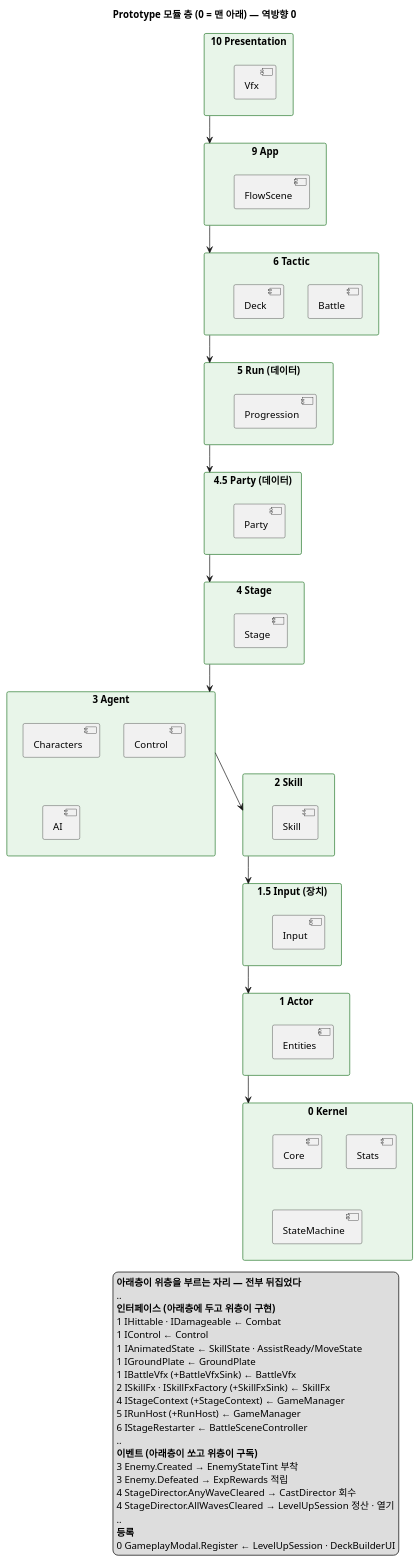
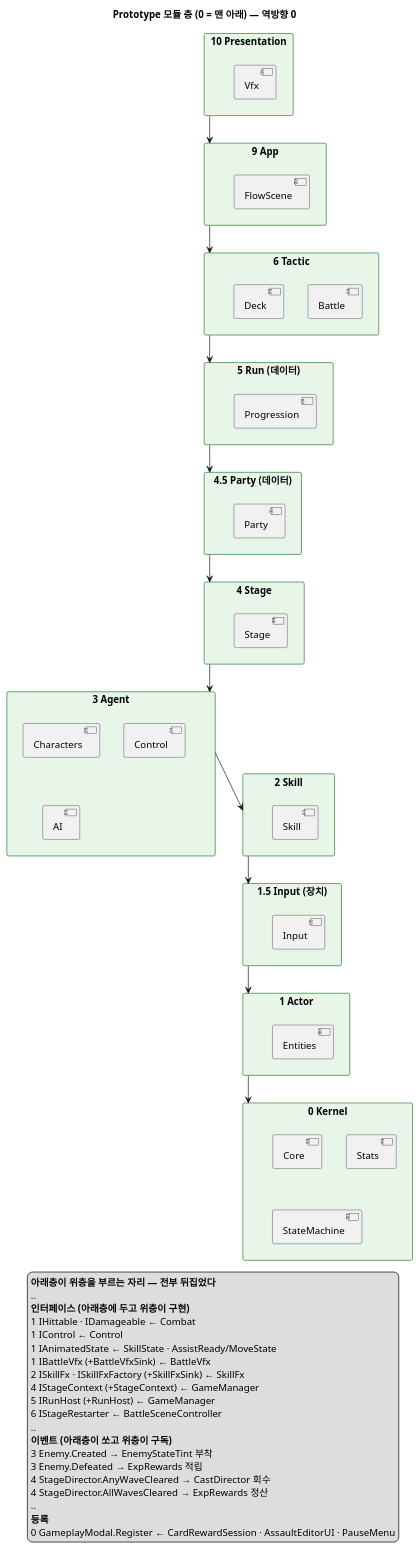
One commit to jukanmi/Prototype changed the diagram in docs/uml/00-Layers.puml. Above: the diagram before and after it, drawn with PlantUML. The commit also changed 193 other files, not shown here.

```diff
--- a/docs/uml/00-Layers.puml
+++ b/docs/uml/00-Layers.puml
@@ -1,86 +1,85 @@
 @startuml 00-Layers
 ' 층 구조 — 위층이 아래층만 참조한다. 역방향 의존 0 (2026-10-16).
 ' 아래층이 위층에 일을 맡기는 자리는 전부 인터페이스(<<interface>>)나 이벤트다 — 오른쪽 목록.
 title Prototype 모듈 층 (0 = 맨 아래) — 역방향 0
 
 skinparam packageStyle rectangle
 skinparam shadowing false
 skinparam package {
   BackgroundColor #E8F5E9
   BorderColor #2E7D32
 }
 
 package "10 Presentation" as L10 {
   [Vfx]
 }
 package "9 App" as L9 {
   [FlowScene]
 }
 package "6 Tactic" as L6 {
   [Battle]
   [Deck]
 }
 package "5 Run (데이터)" as L5 {
   [Progression]
 }
 package "4.5 Party (데이터)" as L45 {
   [Party]
 }
 package "4 Stage" as L4 {
   [Stage]
 }
 package "3 Agent" as L3 {
   [Characters]
   [Control]
   [AI]
 }
 package "2 Skill" as L2 {
   [Skill]
 }
 package "1.5 Input (장치)" as L15 {
   [Input]
 }
 package "1 Actor" as L1 {
   [Entities]
 }
 package "0 Kernel" as L0 {
   [Core]
   [Stats]
   [StateMachine]
 }
 
 L10 -down-> L9
 L9 -down-> L6
 L6 -down-> L5
 L5 -down-> L45
 L45 -down-> L4
 L4 -down-> L3
 L3 -down-> L2
 L2 -down-> L15
 L15 -down-> L1
 L1 -down-> L0
 
 legend right
   <b>아래층이 위층을 부르는 자리 — 전부 뒤집었다</b>
   ..
   <b>인터페이스 (아래층에 두고 위층이 구현)</b>
   1 IHittable · IDamageable ← Combat
   1 IControl ← Control
   1 IAnimatedState ← SkillState · AssistReady/MoveState
-  1 IGroundPlate ← GroundPlate
   1 IBattleVfx (+BattleVfxSink) ← BattleVfx
   2 ISkillFx · ISkillFxFactory (+SkillFxSink) ← SkillFx
   4 IStageContext (+StageContext) ← GameManager
   5 IRunHost (+RunHost) ← GameManager
   6 IStageRestarter ← BattleSceneController
   ..
   <b>이벤트 (아래층이 쏘고 위층이 구독)</b>
   3 Enemy.Created → EnemyStateTint 부착
   3 Enemy.Defeated → ExpRewards 적립
   4 StageDirector.AnyWaveCleared → CastDirector 회수
-  4 StageDirector.AllWavesCleared → LevelUpSession 정산 · 열기
+  4 StageDirector.AllWavesCleared → ExpRewards 정산
   ..
   <b>등록</b>
-  0 GameplayModal.Register ← LevelUpSession · DeckBuilderUI
+  0 GameplayModal.Register ← CardRewardSession · AssaultEditorUI · PauseMenu
 endlegend
 @enduml
```
